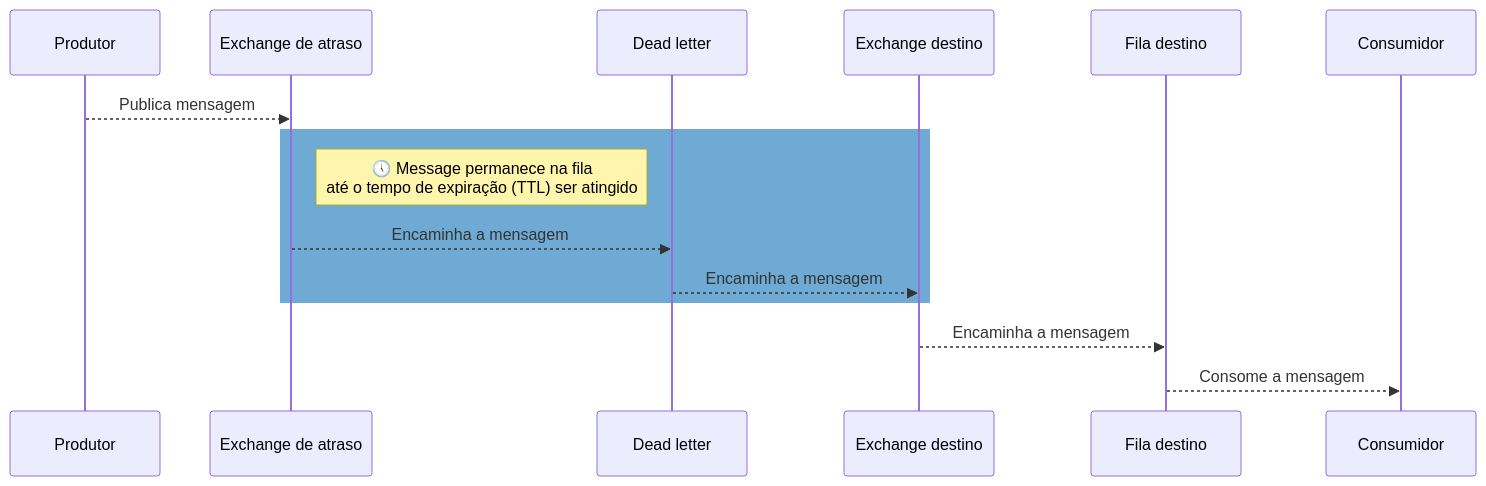
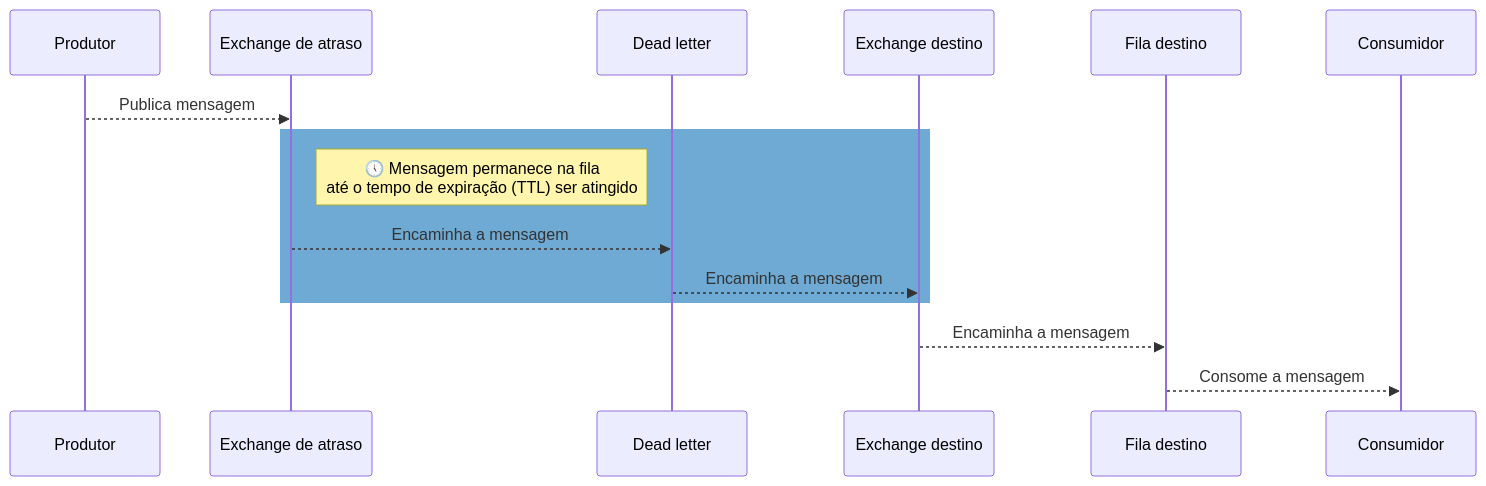
The second of 2 diagrams in readme.md (alisonsm92/delayed-rabbit), drawn with Mermaid before and after one commit.

Commit message:
doc: fix typo

````diff
--- a/readme.md
+++ b/readme.md
@@ -24,11 +24,11 @@
 ```mermaid
 sequenceDiagram
     Produtor-->>Exchange de atraso: Publica mensagem
     rect rgb(110, 170, 211)
-    note right of Exchange de atraso:  🕔 Message permanece na fila<br>até o tempo de expiração (TTL) ser atingido
+    note right of Exchange de atraso:  🕔 Mensagem permanece na fila<br>até o tempo de expiração (TTL) ser atingido
     Exchange de atraso-->>Dead letter: Encaminha a mensagem
     Dead letter-->>Exchange destino: Encaminha a mensagem
     end
     Exchange destino-->>Fila destino: Encaminha a mensagem
     Fila destino-->>Consumidor: Consome a mensagem
 ```
````
